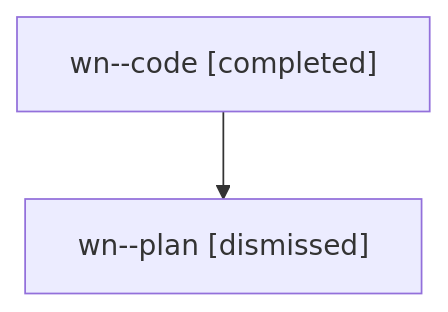
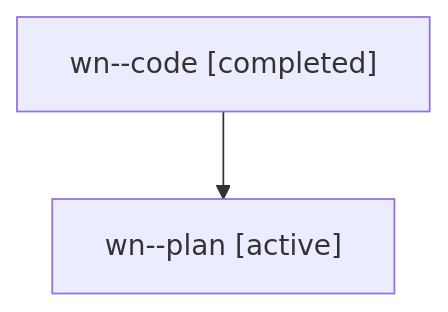
The diagram in families/bbugyi200.athena.wn.md (sase-org/sase--agents), drawn with Mermaid before and after one commit. The commit also changed other lines of this file and 35830 other files, not shown here.

````diff
--- a/families/bbugyi200.athena.wn.md
+++ b/families/bbugyi200.athena.wn.md
@@ -9,6 +9,6 @@
 ```mermaid
 flowchart TD
   n0["wn--code [completed]"]
-  n1["wn--plan [dismissed]"]
+  n1["wn--plan [active]"]
   n0 --> n1
 ```
````
